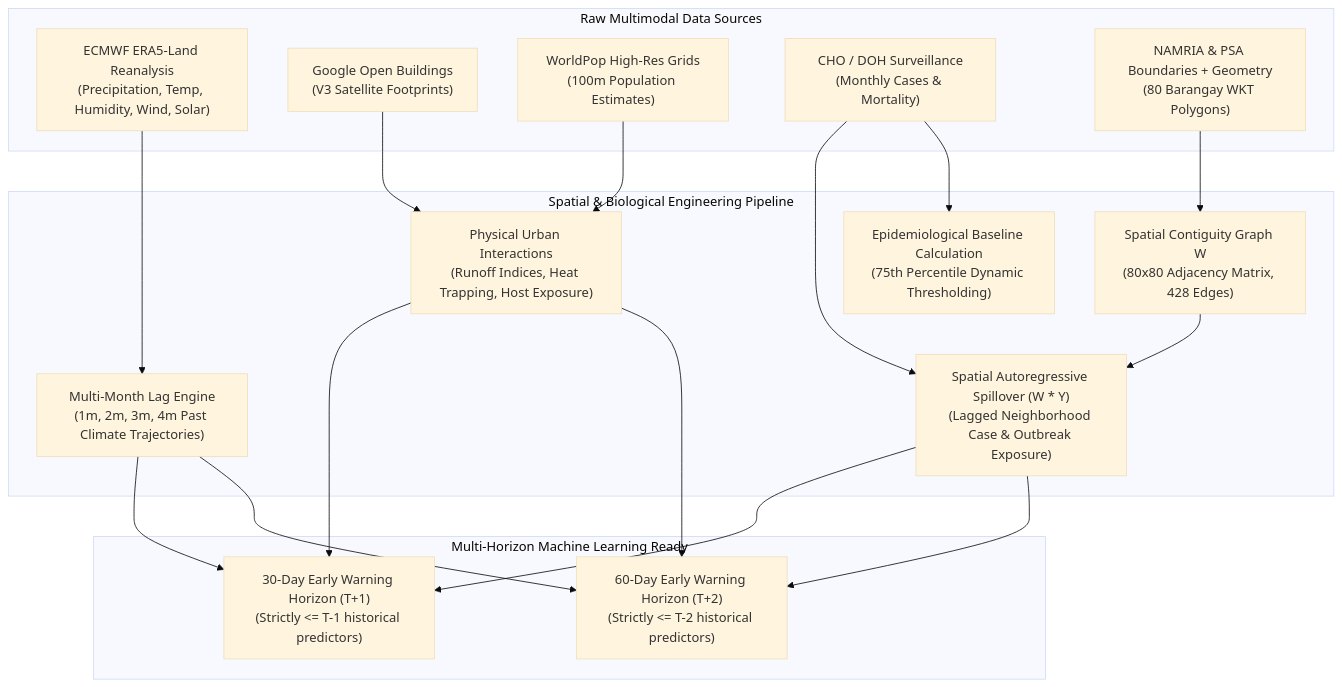
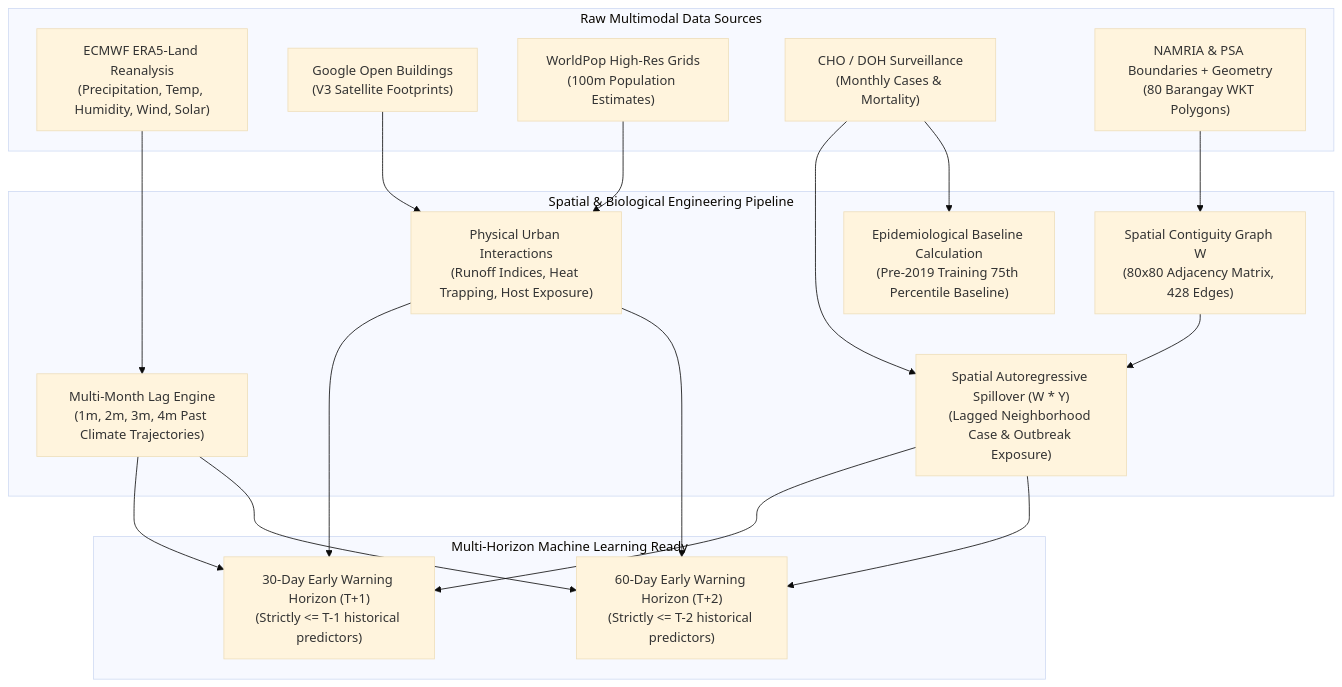
One commit to Troge-dev/Climate-Driven-Vector-Borne-Outbreak-Surveillance changed the diagram in docs/dataset_data_dictionary.md. Above: the diagram before and after it, drawn with Mermaid (base theme). The commit also changed other lines of this file and 10 other files, not shown here.

````diff
--- a/docs/dataset_data_dictionary.md
+++ b/docs/dataset_data_dictionary.md
@@ -13,37 +13,37 @@
 ```mermaid
 graph TD
     subgraph S1["Raw Multimodal Data Sources"]
         ERA5["ECMWF ERA5-Land Reanalysis<br/>(Precipitation, Temp, Humidity, Wind, Solar)"]
         GOB["Google Open Buildings<br/>(V3 Satellite Footprints)"]
         WPOP["WorldPop High-Res Grids<br/>(100m Population Estimates)"]
         DOH["CHO / DOH Surveillance<br/>(Monthly Cases & Mortality)"]
         GEO_SRC["NAMRIA & PSA Boundaries + Geometry<br/>(80 Barangay WKT Polygons)"]
     end
 
     subgraph S2["Spatial & Biological Engineering Pipeline"]
         GEO["Spatial Contiguity Graph W<br/>(80x80 Adjacency Matrix, 428 Edges)"]
         CLIM["Multi-Month Lag Engine<br/>(1m, 2m, 3m, 4m Past Climate Trajectories)"]
         URBAN["Physical Urban Interactions<br/>(Runoff Indices, Heat Trapping, Host Exposure)"]
         SPAT["Spatial Autoregressive Spillover (W * Y)<br/>(Lagged Neighborhood Case & Outbreak Exposure)"]
-        THRESH["Epidemiological Baseline Calculation<br/>(75th Percentile Dynamic Thresholding)"]
+        THRESH["Epidemiological Baseline Calculation<br/>(Pre-2019 Training 75th Percentile Baseline)"]
     end
 
     subgraph S3["Multi-Horizon Machine Learning Ready"]
         H1["30-Day Early Warning Horizon (T+1)<br/>(Strictly <= T-1 historical predictors)"]
         H2["60-Day Early Warning Horizon (T+2)<br/>(Strictly <= T-2 historical predictors)"]
     end
 
     ERA5 --> CLIM
     GOB --> URBAN
     WPOP --> URBAN
     GEO_SRC --> GEO
     GEO --> SPAT
     DOH --> SPAT
     DOH --> THRESH
     CLIM --> H1
     CLIM --> H2
     URBAN --> H1
     URBAN --> H2
     SPAT --> H1
     SPAT --> H2
 ```
````
